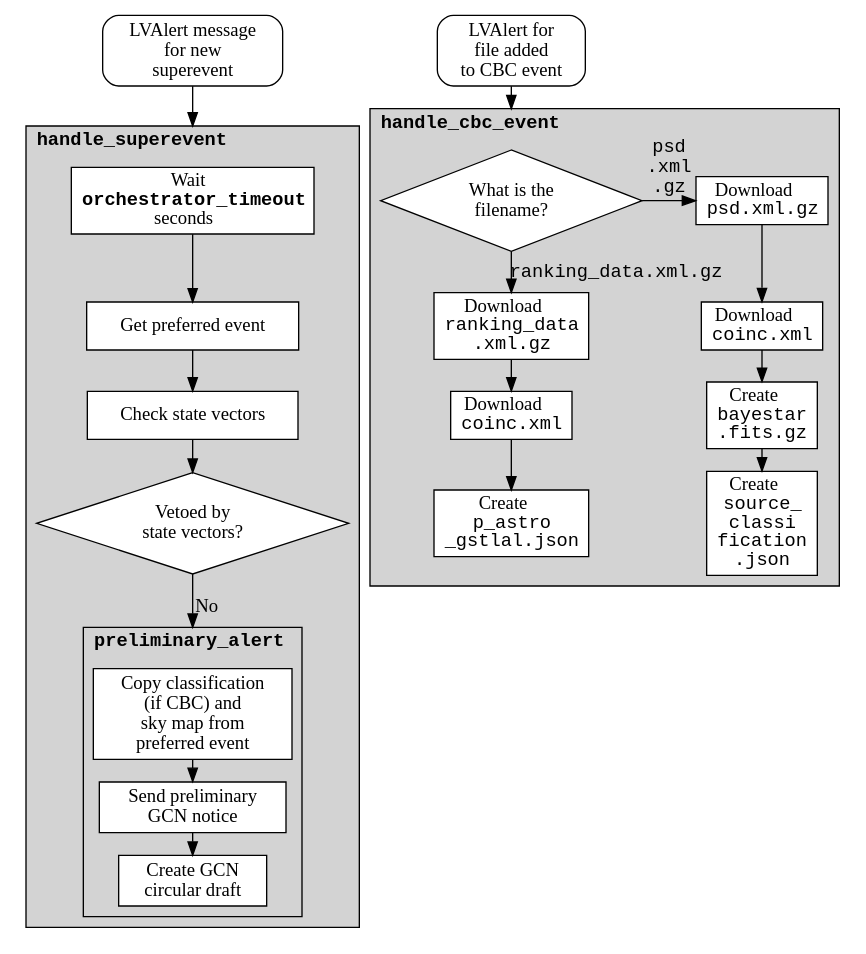
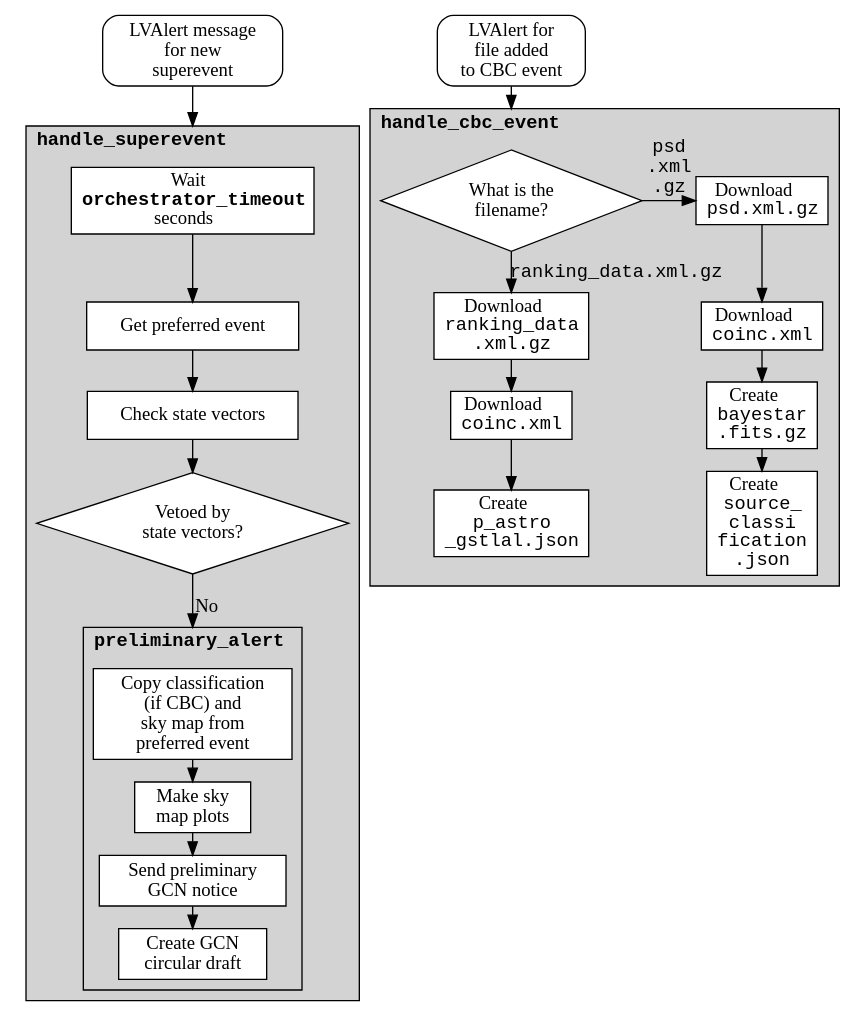
One commit to lpsinger/gwcelery changed the first of 3 diagrams in doc/gwcelery.tasks.orchestrator.rst. Above: the diagram before and after it, drawn with Graphviz. The commit also changed other lines of this file and 5 other files, not shown here.

```diff
--- a/doc/gwcelery.tasks.orchestrator.rst
+++ b/doc/gwcelery.tasks.orchestrator.rst
@@ -34,4 +34,4 @@
-.. digraph:: orchestrator
+.. digraph:: preliminary_alert
 
     compound = true
     nodesep = 0.1
@@ -86,6 +86,10 @@
                 label = "Copy classification\n(if CBC) and\nsky map from\npreferred event"
             ]
 
+            annotate_skymaps [
+                label = "Make sky\nmap plots"
+            ]
+
             send_gcn [
                 label = "Send preliminary\nGCN notice"
             ]
@@ -104,7 +108,7 @@
     -> dqv
 
     dqv -> copy_from_preferred_event [label = No, lhead = cluster_preliminary_alert]
-    copy_from_preferred_event -> send_gcn -> circular
+    copy_from_preferred_event -> annotate_skymaps -> send_gcn -> circular
 
     cbc_event [
         label = "LVAlert for\nfile added\nto CBC event"
```
